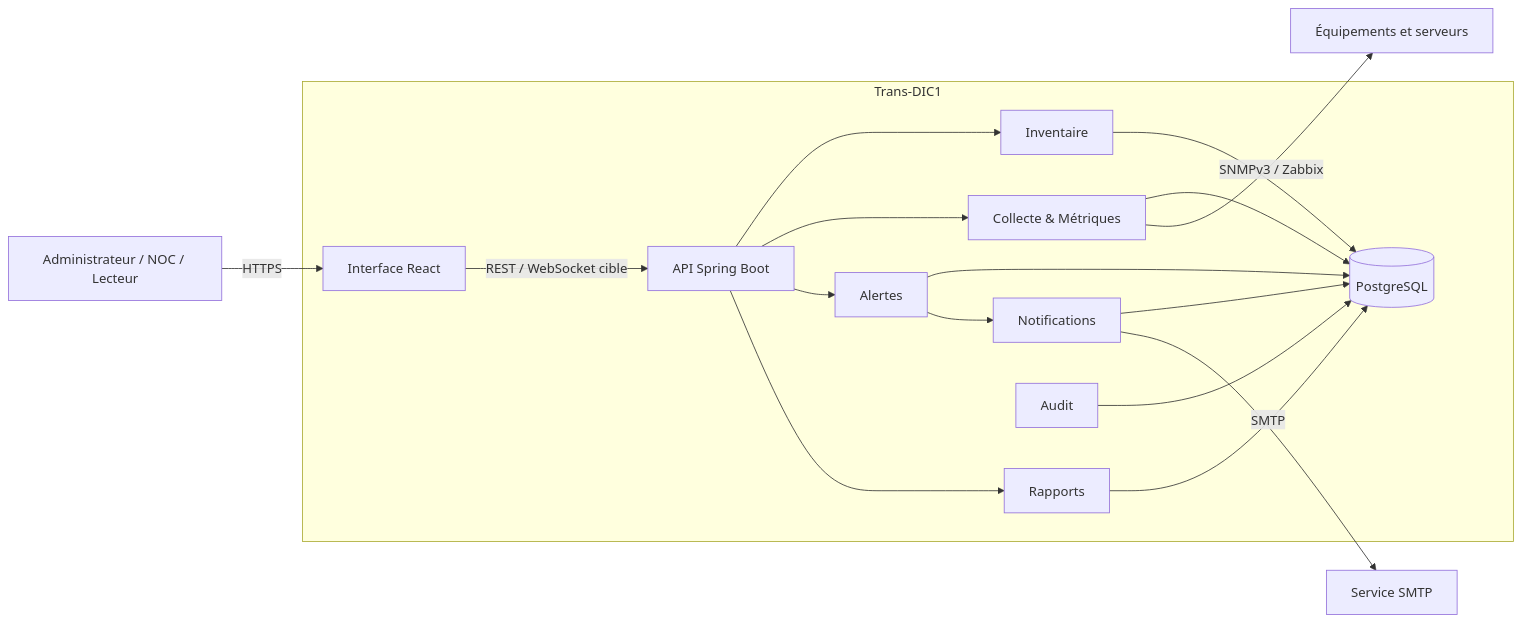
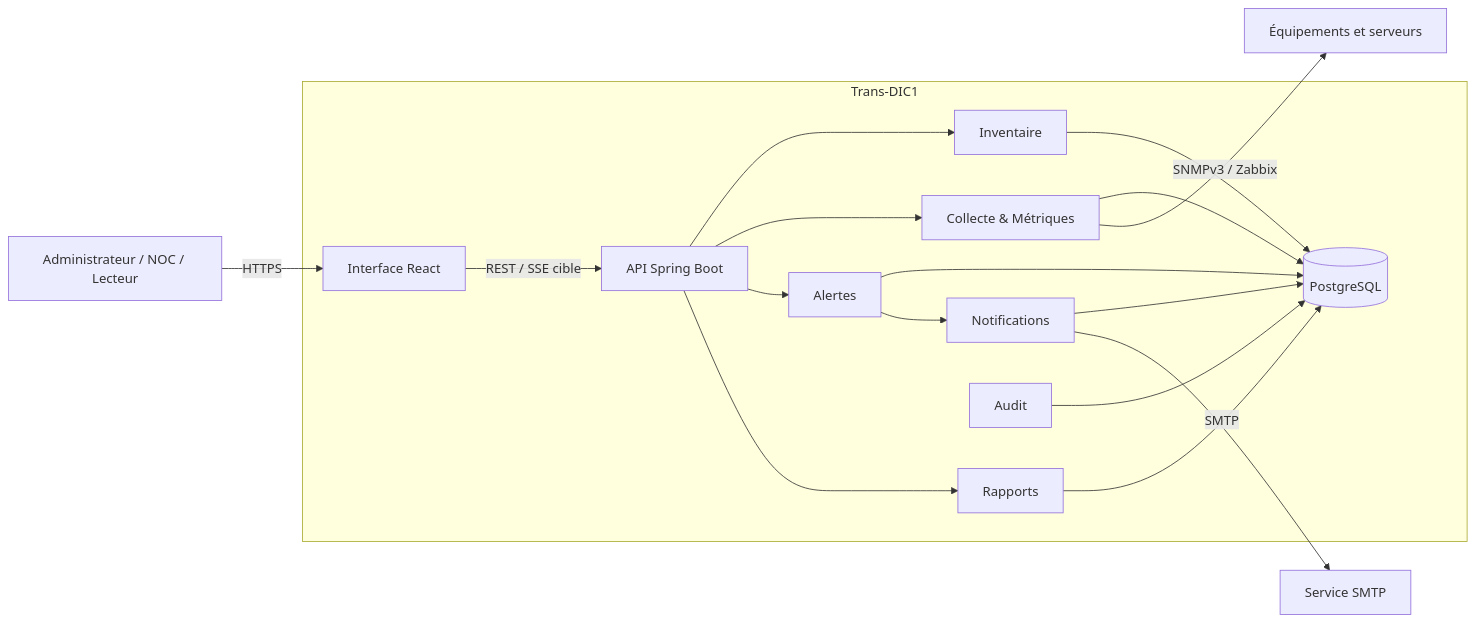
The seventh of 9 diagrams in docs/architecture/DIAGRAMS.md (boubacarsidibe/Trans-DIC1), drawn with Mermaid before and after one commit. The commit also changed 19 other files, not shown here.

First line of the commit message:
docs: ajouter les ADR 0002 à 0006, le dossier d'architecture et aligner les diagrammes

````diff
--- a/docs/architecture/DIAGRAMS.md
+++ b/docs/architecture/DIAGRAMS.md
@@ -241,29 +241,29 @@
 ```mermaid
 flowchart LR
     users["Administrateur / NOC / Lecteur"]
     sources["Équipements et serveurs"]
     smtp["Service SMTP"]
     subgraph transdic["Trans-DIC1"]
         web["Interface React"]
         api["API Spring Boot"]
         inventory["Inventaire"]
         monitoring["Collecte & Métriques"]
         alerting["Alertes"]
         notification["Notifications"]
         reporting["Rapports"]
         audit["Audit"]
         db[("PostgreSQL")]
     end
     users -->|HTTPS| web
-    web -->|REST / WebSocket cible| api
+    web -->|REST / SSE cible| api
     api --> inventory & monitoring & alerting & reporting
     inventory --> db
     monitoring --> db
     alerting --> db
     notification --> db
     reporting --> db
     audit --> db
     monitoring -->|SNMPv3 / Zabbix| sources
     alerting --> notification
     notification -->|SMTP| smtp
 ```
````
